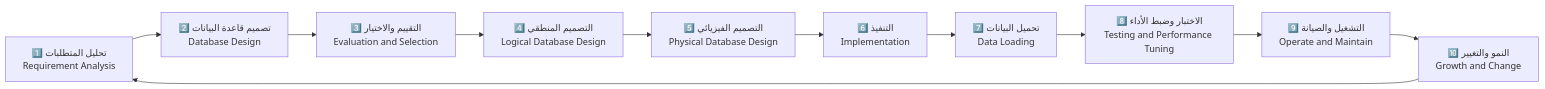
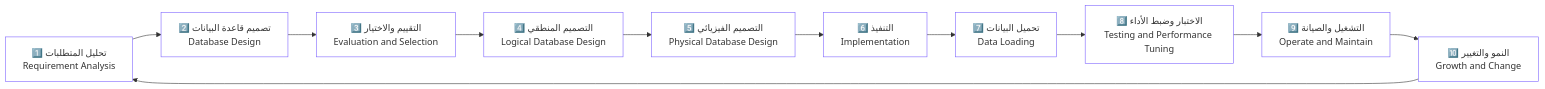
The first of 10 diagrams in bigdata_exam_answers.md (mosaa65/-), drawn with Mermaid before and after one commit.

````diff
--- a/bigdata_exam_answers.md
+++ b/bigdata_exam_answers.md
@@ -89,8 +89,19 @@
 ```mermaid
+%%{init: {"flowchart": {"curve": "basis"}}}%%
 flowchart LR
-    RA["1️⃣ تحليل المتطلبات<br/>Requirement Analysis"] --> DD["2️⃣ تصميم قاعدة البيانات<br/>Database Design"] --> ES["3️⃣ التقييم والاختيار<br/>Evaluation and Selection"]
-    ES --> LD["4️⃣ التصميم المنطقي<br/>Logical Database Design"] --> PD["5️⃣ التصميم الفيزيائي<br/>Physical Database Design"]
-    PD --> IM["6️⃣ التنفيذ<br/>Implementation"] --> DL["7️⃣ تحميل البيانات<br/>Data Loading"]
-    DL --> TT["8️⃣ الاختبار وضبط الأداء<br/>Testing and Performance Tuning"] --> OM["9️⃣ التشغيل والصيانة<br/>Operate and Maintain"]
-    OM --> GC["🔟 النمو والتغيير<br/>Growth and Change"] --> RA
+    RA["1️⃣ تحليل المتطلبات<br/>Requirement Analysis"]
+    DD["2️⃣ تصميم قاعدة البيانات<br/>Database Design"]
+    ES["3️⃣ التقييم والاختيار<br/>Evaluation and Selection"]
+    LD["4️⃣ التصميم المنطقي<br/>Logical Database Design"]
+    PD["5️⃣ التصميم الفيزيائي<br/>Physical Database Design"]
+    IM["6️⃣ التنفيذ<br/>Implementation"]
+    DL["7️⃣ تحميل البيانات<br/>Data Loading"]
+    TT["8️⃣ الاختبار وضبط الأداء<br/>Testing and Performance Tuning"]
+    OM["9️⃣ التشغيل والصيانة<br/>Operate and Maintain"]
+    GC["🔟 النمو والتغيير<br/>Growth and Change"]
+
+    RA --> DD --> ES --> LD --> PD --> IM --> DL --> TT --> OM --> GC --> RA
+
+    classDef rect fill:#ffffff,stroke:#7b61ff,stroke-width:1px,rx:0,ry:0;
+    class RA,DD,ES,LD,PD,IM,DL,TT,OM,GC rect;
 ```
````
